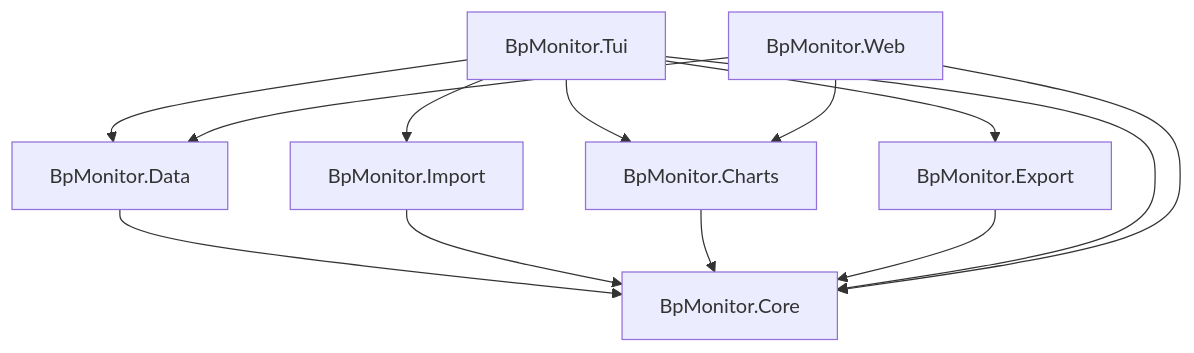
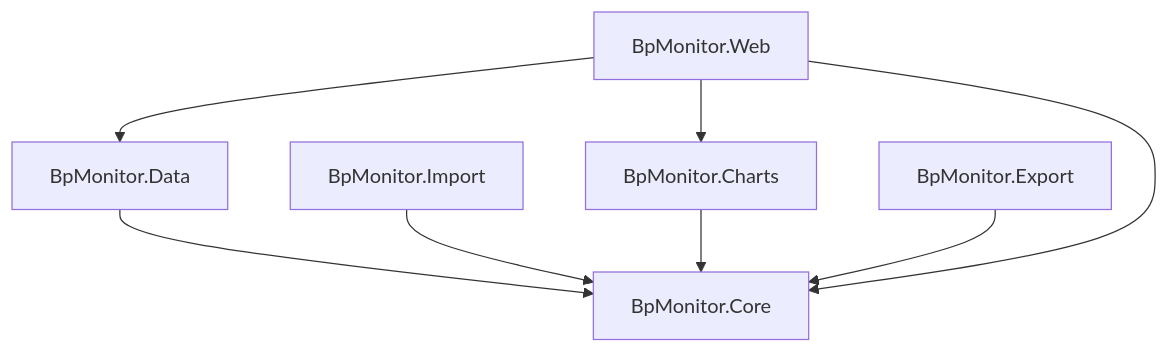
Before and after one commit to draptik/BpMonitor: the diagram in docs/architecture.md, drawn with Mermaid. The commit also changed other lines of this file and 18 other files, not shown here.

````diff
--- a/docs/architecture.md
+++ b/docs/architecture.md
@@ -71,23 +68,17 @@
 ```mermaid
 graph TD
     Core[BpMonitor.Core]
     Data[BpMonitor.Data]
     Import[BpMonitor.Import]
     Export[BpMonitor.Export]
     Charts[BpMonitor.Charts]
-    Tui[BpMonitor.Tui]
     Web[BpMonitor.Web]
 
     Data --> Core
     Import --> Core
     Charts --> Core
     Export --> Core
-    Tui --> Core
-    Tui --> Data
-    Tui --> Import
-    Tui --> Charts
-    Tui --> Export
     Web --> Core
     Web --> Data
     Web --> Charts
 ```
````
